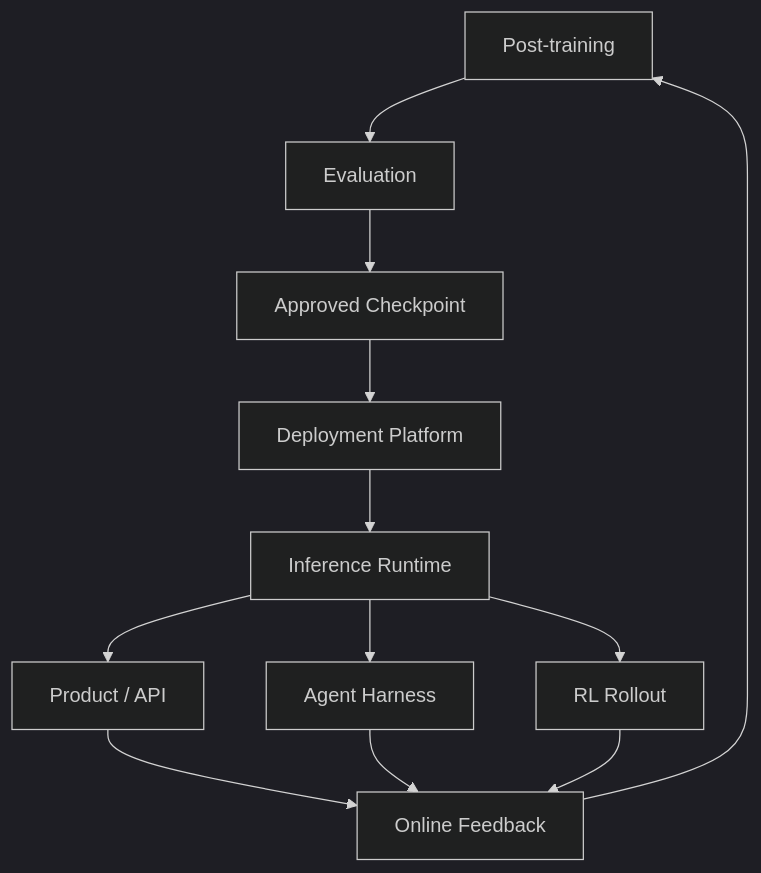
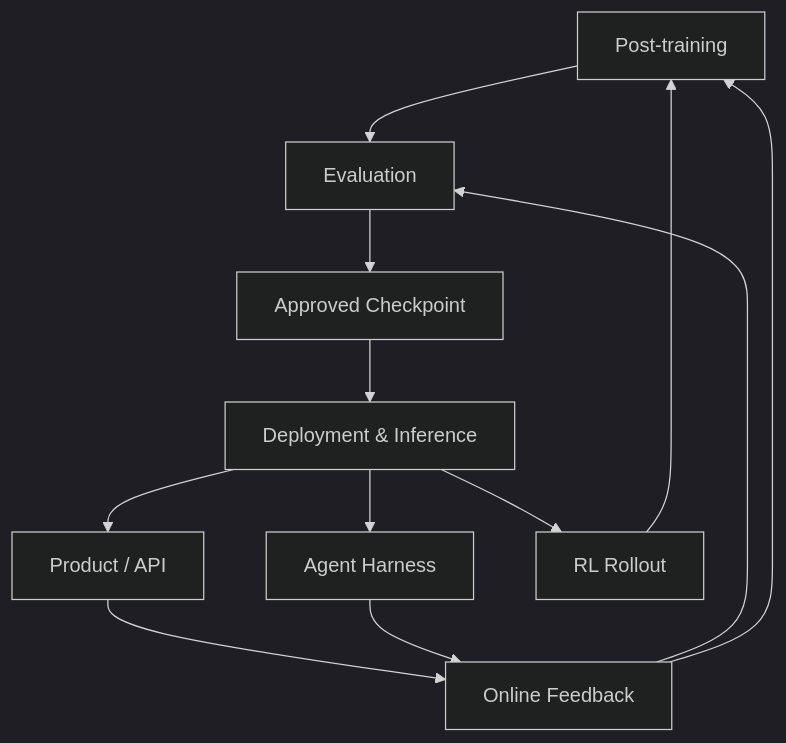
Before and after one commit to 7Hu0v0/lets_build_an_llm: the diagram in references/01_core_pipeline/01i_deployment_and_inference.md, drawn with Mermaid (dark theme). The commit also changed other lines of this file and 3 other files, not shown here.

Commit message:
Rewrite deployment inference guide

````diff
--- a/references/01_core_pipeline/01i_deployment_and_inference.md
+++ b/references/01_core_pipeline/01i_deployment_and_inference.md
@@ -118,14 +102,14 @@
 ```mermaid
 flowchart TD
-    A[Post-training] --> B[Evaluation]
-    B --> C[Approved Checkpoint]
-    C --> D[Deployment Platform]
-    D --> E[Inference Runtime]
-    E --> F[Product / API]
-    E --> G[Agent Harness]
-    E --> H[RL Rollout]
-    F --> I[Online Feedback]
-    G --> I
-    H --> I
-    I --> A
+    A["Post-training"] --> B["Evaluation"]
+    B --> C["Approved Checkpoint"]
+    C --> D["Deployment & Inference"]
+    D --> E["Product / API"]
+    D --> F["Agent Harness"]
+    D --> G["RL Rollout"]
+    E --> H["Online Feedback"]
+    F --> H
+    G --> A
+    H --> B
+    H --> A
 ```
````
